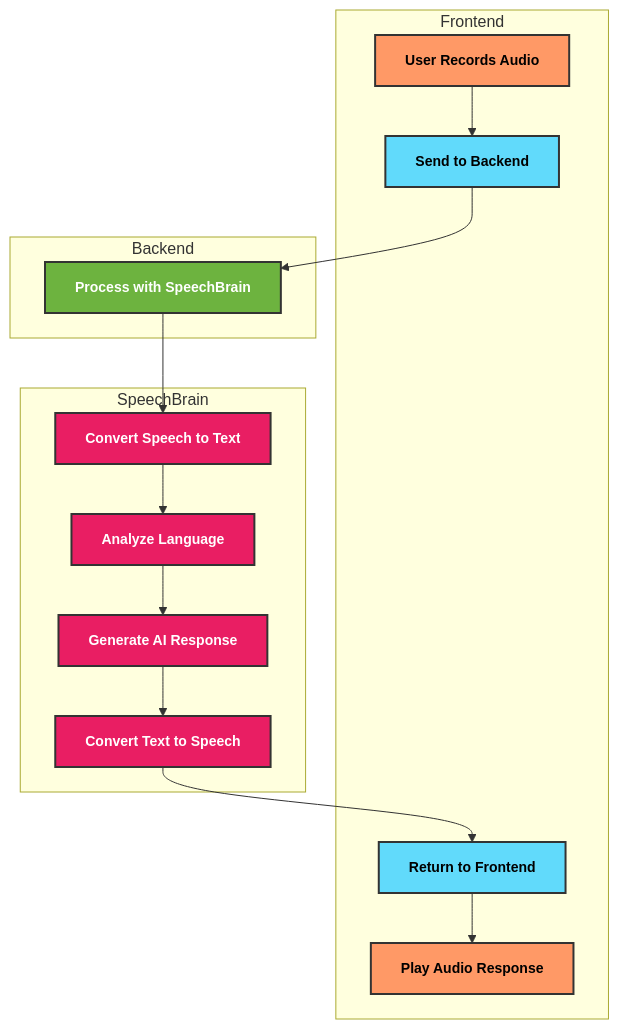
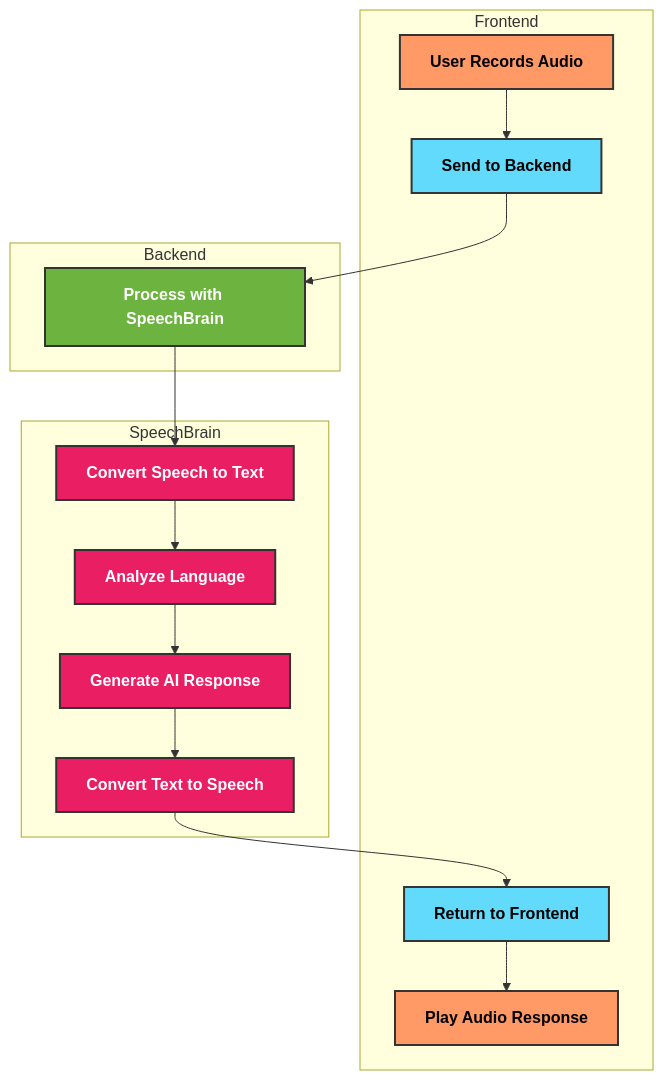
The fourth of 4 diagrams in TuPhung_Docs/docs/architecture.md (TuPhung369/Haaga_Backend_Programming), drawn with Mermaid before and after one commit. The commit also changed other lines of this file and 29 other files, not shown here.

````diff
--- a/TuPhung_Docs/docs/architecture.md
+++ b/TuPhung_Docs/docs/architecture.md
@@ -164,35 +165,35 @@
 ```mermaid
 flowchart TD
     %% Styling
-    classDef userAction fill:#FF9966,stroke:#333,stroke-width:2px,color:#000,font-weight:bold,font-size:14px
-    classDef frontend fill:#61DAFB,stroke:#333,stroke-width:2px,color:#000,font-weight:bold,font-size:14px
-    classDef backend fill:#6DB33F,stroke:#333,stroke-width:2px,color:#fff,font-weight:bold,font-size:14px
-    classDef ai fill:#9C27B0,stroke:#333,stroke-width:2px,color:#fff,font-weight:bold,font-size:14px
-    classDef speech fill:#E91E63,stroke:#333,stroke-width:2px,color:#fff,font-weight:bold,font-size:14px
+    classDef userAction fill:#FF9966,stroke:#333,stroke-width:2px,color:#000,font-weight:bold
+    classDef frontend fill:#61DAFB,stroke:#333,stroke-width:2px,color:#000,font-weight:bold
+    classDef backend fill:#6DB33F,stroke:#333,stroke-width:2px,color:#fff,font-weight:bold
+    classDef ai fill:#9C27B0,stroke:#333,stroke-width:2px,color:#fff,font-weight:bold
+    classDef speech fill:#E91E63,stroke:#333,stroke-width:2px,color:#fff,font-weight:bold
 
     %% Frontend Flow
     subgraph "Frontend"
         A[User Records Audio] --> B[Send to Backend]
         H[Return to Frontend] --> I[Play Audio Response]
     end
 
     %% Backend Processing
     subgraph "Backend"
         B --> C[Process with SpeechBrain]
     end
 
     %% SpeechBrain Processing
     subgraph "SpeechBrain"
         C --> D[Convert Speech to Text]
         D --> E[Analyze Language]
         E --> F[Generate AI Response]
         F --> G[Convert Text to Speech]
         G --> H
     end
 
     %% Apply styles
     class A,I userAction
     class B,H frontend
     class C backend
     class D,E,F,G speech
 ```
````
